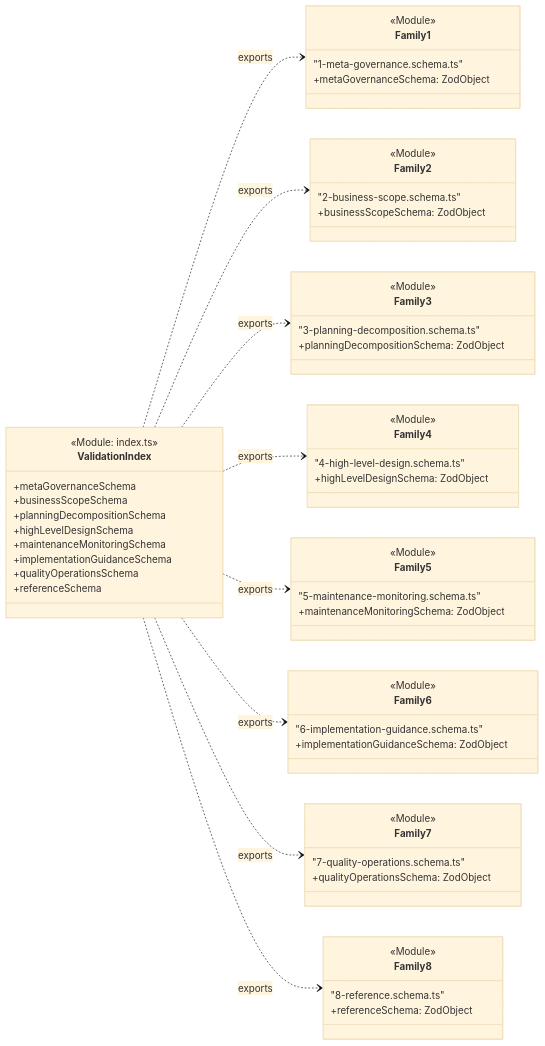
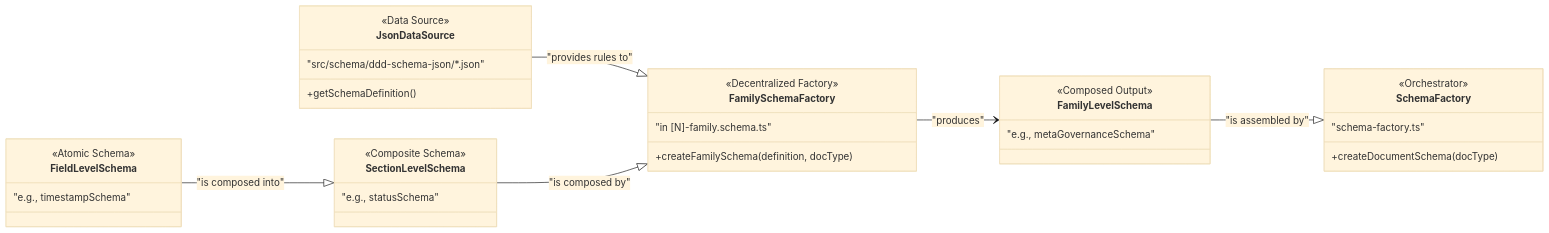
One commit to livelifelively/documentation-driven-development-tools changed the second of 4 diagrams in docs/requirements/p1-p6.t32-define-section-content-schemas.task.md. Above: the diagram before and after it, drawn with Mermaid (base theme). The commit also changed other lines of this file and 29 other files, not shown here.

````diff
--- a/docs/requirements/p1-p6.t32-define-section-content-schemas.task.md
+++ b/docs/requirements/p1-p6.t32-define-section-content-schemas.task.md
@@ -89,66 +108,44 @@
 ```mermaid
 classDiagram
     direction LR
 
-    class Family1 {
-        <<Module>>
-        "1-meta-governance.schema.ts"
-        +metaGovernanceSchema: ZodObject
-    }
-    class Family2 {
-        <<Module>>
-        "2-business-scope.schema.ts"
-        +businessScopeSchema: ZodObject
-    }
-    class Family3 {
-        <<Module>>
-        "3-planning-decomposition.schema.ts"
-        +planningDecompositionSchema: ZodObject
-    }
-    class Family4 {
-        <<Module>>
-        "4-high-level-design.schema.ts"
-        +highLevelDesignSchema: ZodObject
-    }
-    class Family5 {
-        <<Module>>
-        "5-maintenance-monitoring.schema.ts"
-        +maintenanceMonitoringSchema: ZodObject
-    }
-    class Family6 {
-        <<Module>>
-        "6-implementation-guidance.schema.ts"
-        +implementationGuidanceSchema: ZodObject
-    }
-    class Family7 {
-        <<Module>>
-        "7-quality-operations.schema.ts"
-        +qualityOperationsSchema: ZodObject
-    }
-    class Family8 {
-        <<Module>>
-        "8-reference.schema.ts"
-        +referenceSchema: ZodObject
+    class JsonDataSource {
+        <<Data Source>>
+        "src/schema/ddd-schema-json/*.json"
+        +getSchemaDefinition()
     }
 
-    class ValidationIndex {
-        <<Module: index.ts>>
-        +metaGovernanceSchema
-        +businessScopeSchema
-        +planningDecompositionSchema
-        +highLevelDesignSchema
-        +maintenanceMonitoringSchema
-        +implementationGuidanceSchema
-        +qualityOperationsSchema
-        +referenceSchema
+    class FieldLevelSchema {
+        <<Atomic Schema>>
+        "e.g., timestampSchema"
     }
 
-    ValidationIndex ..> Family1 : exports
-    ValidationIndex ..> Family2 : exports
-    ValidationIndex ..> Family3 : exports
-    ValidationIndex ..> Family4 : exports
-    ValidationIndex ..> Family5 : exports
-    ValidationIndex ..> Family6 : exports
-    ValidationIndex ..> Family7 : exports
-    ValidationIndex ..> Family8 : exports
+    class SectionLevelSchema {
+        <<Composite Schema>>
+        "e.g., statusSchema"
+    }
+
+    class FamilySchemaFactory {
+        <<Decentralized Factory>>
+        "in [N]-family.schema.ts"
+        +createFamilySchema(definition, docType)
+    }
+
+    class FamilyLevelSchema {
+        <<Composed Output>>
+        "e.g., metaGovernanceSchema"
+    }
+
+    class SchemaFactory {
+        <<Orchestrator>>
+        "schema-factory.ts"
+        +createDocumentSchema(docType)
+    }
+
+    JsonDataSource --|> FamilySchemaFactory : "provides rules to"
+    FieldLevelSchema --|> SectionLevelSchema : "is composed into"
+    SectionLevelSchema --|> FamilySchemaFactory : "is composed by"
+    FamilySchemaFactory --> FamilyLevelSchema : "produces"
+    FamilyLevelSchema --|> SchemaFactory : "is assembled by"
+
 ```
````
